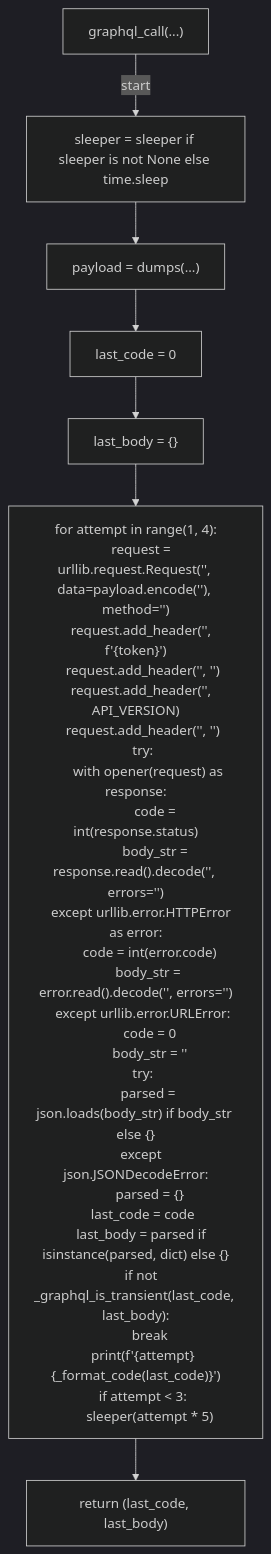
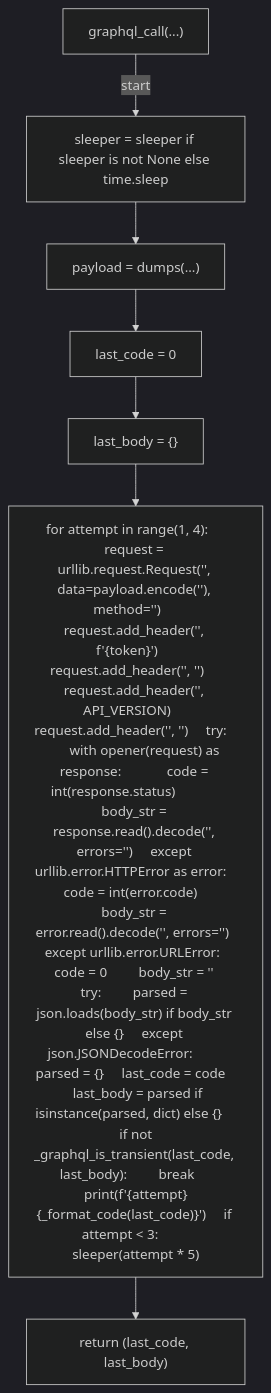
Before and after one commit to tvna/claude-md: the fourth of 5 diagrams in docs/generated/scripts/ast/_github_api.md, drawn with Mermaid (dark theme). The commit also changed other lines of this file and 20 other files, not shown here.

First line of the commit message:
docs(generated): regenerate decision tree and workflow diagrams (batch 1/5)

````diff
--- a/docs/generated/scripts/ast/_github_api.md
+++ b/docs/generated/scripts/ast/_github_api.md
@@ -82,42 +53,16 @@
 ```mermaid
 flowchart TD
     N001["graphql_call(...)"]
     N002["sleeper = sleeper if sleeper is not None else time.sleep"]
     N003["payload = dumps(...)"]
     N004["last_code = 0"]
     N005["last_body = {}"]
-    N006["for attempt in range(1, 4):
-    request = urllib.request.Request('<str>', data=payload.encode('<str>'), method='<str>')
-    request.add_header('<str>', f'<str>{token}')
-    request.add_header('<str>', '<str>')
-    request.add_header('<str>', API_VERSION)
-    request.add_header('<str>', '<str>')
-    try:
-        with opener(request) as response:
-            code = int(response.status)
-            body_str = response.read().decode('<str>', errors='<str>')
-    except urllib.error.HTTPError as error:
-        code = int(error.code)
-        body_str = error.read().decode('<str>', errors='<str>')
-    except urllib.error.URLError:
-        code = 0
-        body_str = '<str>'
-    try:
-        parsed = json.loads(body_str) if body_str else {}
-    except json.JSONDecodeError:
-        parsed = {}
-    last_code = code
-    last_body = parsed if isinstance(parsed, dict) else {}
-    if not _graphql_is_transient(last_code, last_body):
-        break
-    print(f'<str>{attempt}<str>{_format_code(last_code)}<str>')
-    if attempt < 3:
-        sleeper(attempt * 5)"]
+    N006["for attempt in range(1, 4):     request = urllib.request.Request('<str>', data=payload.encode('<str>'), method='<str>')     request.add_header('<str>', f'<str>{token}')     request.add_header('<str>', '<str>')     request.add_header('<str>', API_VERSION)     request.add_header('<str>', '<str>')     try:         with opener(request) as response:             code = int(response.status)             body_str = response.read().decode('<str>', errors='<str>')     except urllib.error.HTTPError as error:         code = int(error.code)         body_str = error.read().decode('<str>', errors='<str>')     except urllib.error.URLError:         code = 0         body_str = '<str>'     try:         parsed = json.loads(body_str) if body_str else {}     except json.JSONDecodeError:         parsed = {}     last_code = code     last_body = parsed if isinstance(parsed, dict) else {}     if not _graphql_is_transient(last_code, last_body):         break     print(f'<str>{attempt}<str>{_format_code(last_code)}<str>')     if attempt < 3:         sleeper(attempt * 5)"]
     N007["return (last_code, last_body)"]
     N001 -->|"start"| N002
     N002 --> N003
     N003 --> N004
     N004 --> N005
     N005 --> N006
     N006 --> N007
 ```
````
